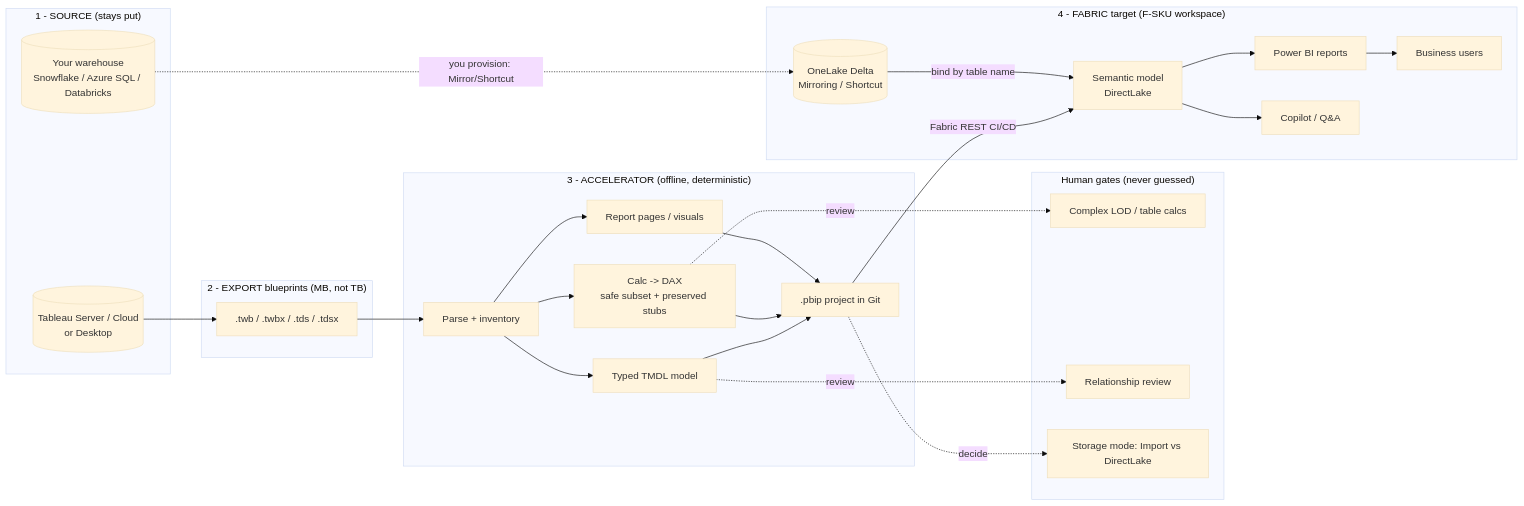
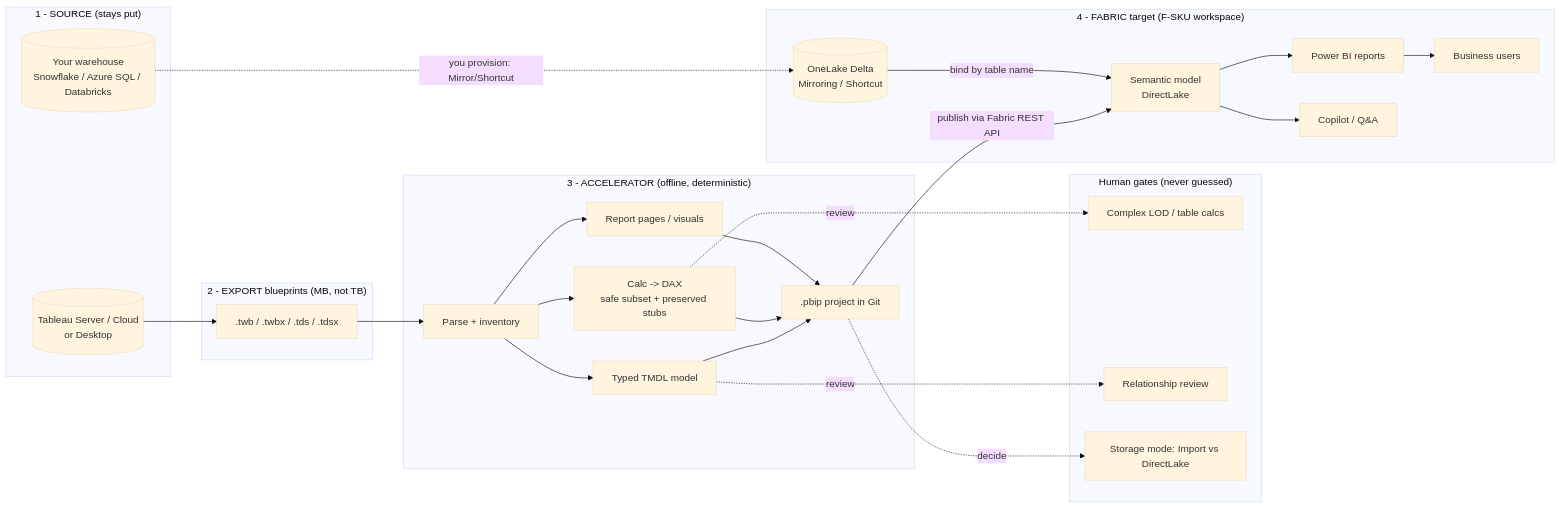
One commit to rasgiza/tableau-migration-accelerator changed the first of 2 diagrams in README.md. Above: the diagram before and after it, drawn with Mermaid (base theme). The commit also changed other lines of this file, not shown here.

Commit message:
docs: make convert->portal->publish hand-offs explicit (tool vs you) and correct CI/CD claim to Fabric REST API publish

````diff
--- a/README.md
+++ b/README.md
@@ -54,39 +54,39 @@
 ```mermaid
 flowchart LR
     subgraph SRC["1 - SOURCE (stays put)"]
         TAB[(Tableau Server / Cloud<br/>or Desktop)]
         WH[(Your warehouse<br/>Snowflake / Azure SQL / Databricks)]
     end
     subgraph EXPORT["2 - EXPORT blueprints (MB, not TB)"]
         FILES[.twb / .twbx / .tds / .tdsx]
     end
     subgraph ACCEL["3 - ACCELERATOR (offline, deterministic)"]
         PARSE[Parse + inventory] --> MODEL[Typed TMDL model]
         PARSE --> CALC[Calc -> DAX<br/>safe subset + preserved stubs]
         PARSE --> VIZ[Report pages / visuals]
         MODEL --> PBIP[.pbip project in Git]
         CALC --> PBIP
         VIZ --> PBIP
     end
     subgraph GATES["Human gates (never guessed)"]
         LOD[Complex LOD / table calcs]
         REL[Relationship review]
         STORE[Storage mode: Import vs DirectLake]
     end
     subgraph FABRIC["4 - FABRIC target (F-SKU workspace)"]
         OL[(OneLake Delta<br/>Mirroring / Shortcut)]
         SM[Semantic model<br/>DirectLake]
         RPT[Power BI reports]
         COP["Copilot / Q&A"]
         USERS[Business users]
     end
     TAB --> FILES --> PARSE
     WH -. you provision: Mirror/Shortcut .-> OL
-    PBIP -->|Fabric REST CI/CD| SM
+    PBIP -->|publish via Fabric REST API| SM
     OL -->|bind by table name| SM
     SM --> RPT --> USERS
     SM --> COP
     CALC -.review.-> LOD
     MODEL -.review.-> REL
     PBIP -.decide.-> STORE
 ```
````
